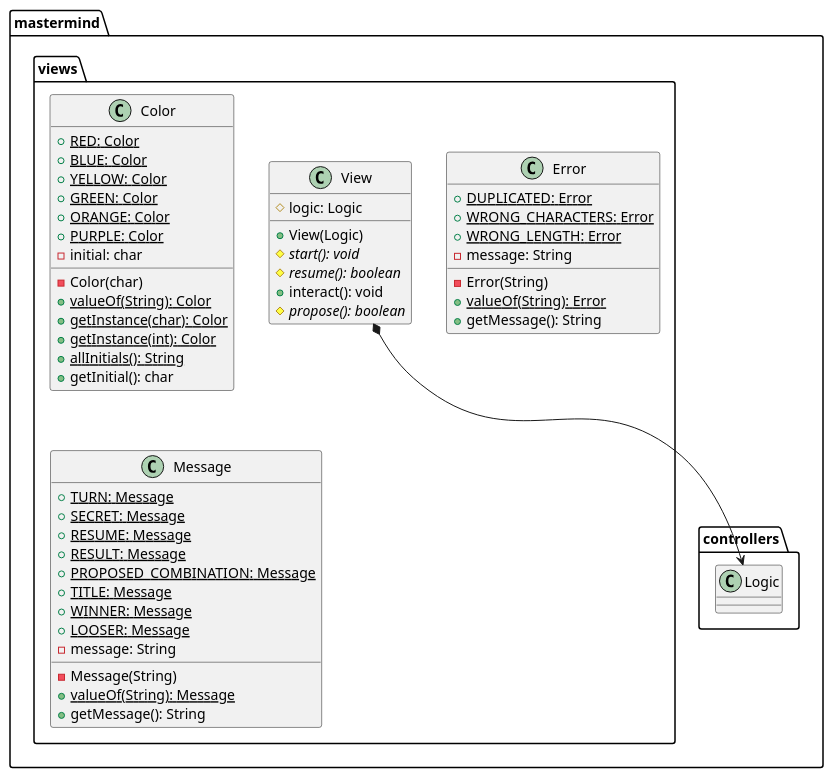
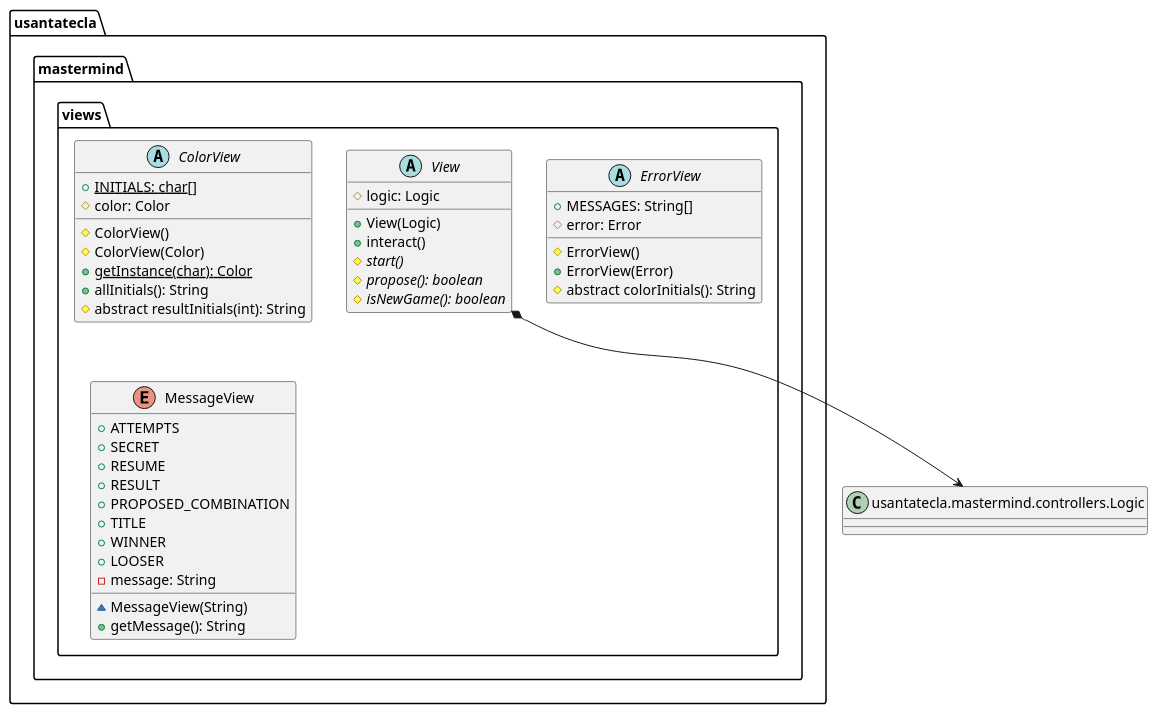
One commit to SantaTecla-mastermind/solution.java.swing.socket.sql changed the second of 6 diagrams in modelViewPresenter/presentationModel/withFacade/docs/diagrams/src/paquetes.plantuml. Above: the diagram before and after it, drawn with PlantUML. The commit also changed other lines of this file and 9 other files, not shown here.

Commit message:
Diagrams MVP WithFacade finished

```diff
--- a/modelViewPresenter/presentationModel/withFacade/docs/diagrams/src/paquetes.plantuml
+++ b/modelViewPresenter/presentationModel/withFacade/docs/diagrams/src/paquetes.plantuml
@@ -27,52 +35,47 @@
 @startuml usantatecla.mastermind.views
-class  mastermind.views.Color{
-+ {static} RED: Color
-+ {static} BLUE: Color
-+ {static} YELLOW: Color
-+ {static} GREEN: Color
-+ {static} ORANGE: Color
-+ {static} PURPLE: Color
-- initial: char
-- Color(char)
-+ {static} valueOf(String): Color
+ abstract class  usantatecla.mastermind.views.ColorView{
++ {static} INITIALS: char[]
+# color: Color
+# ColorView()
+# ColorView(Color)
 + {static} getInstance(char): Color
-+ {static} getInstance(int): Color
-+ {static} allInitials(): String
-+ getInitial(): char
++ allInitials(): String
+# abstract resultInitials(int): String
 }
 
-class  mastermind.views.Error{
-+ {static} DUPLICATED: Error
-+ {static} WRONG_CHARACTERS: Error
-+ {static} WRONG_LENGTH: Error
+abstract class  usantatecla.mastermind.views.ErrorView{
++ MESSAGES: String[]
+# error: Error
+# ErrorView()
++ ErrorView(Error)
+# abstract colorInitials(): String
+}
+
+ enum  usantatecla.mastermind.views.MessageView{
++ ATTEMPTS
++ SECRET
++ RESUME
++ RESULT
++ PROPOSED_COMBINATION
++ TITLE
++ WINNER
++ LOOSER
 - message: String
-- Error(String)
-+ {static} valueOf(String): Error
+~ MessageView(String)
 + getMessage(): String
 }
 
-class  mastermind.views.Message{
-+ {static} TURN: Message
-+ {static} SECRET: Message
-+ {static} RESUME: Message
-+ {static} RESULT: Message
-+ {static} PROPOSED_COMBINATION: Message
-+ {static} TITLE: Message
-+ {static} WINNER: Message
-+ {static} LOOSER: Message
-- message: String
-- Message(String)
-+ {static} valueOf(String): Message
-+ getMessage(): String
-}
-
-class  mastermind.views.View{
+abstract class  usantatecla.mastermind.views.View{
 # logic: Logic
 + View(Logic)
-# {abstract} start(): void
-# {abstract} resume(): boolean
-+ interact(): void
++ interact()
+# {abstract} start()
 # {abstract} propose(): boolean
+# {abstract} isNewGame(): boolean
 }
-mastermind.views.View *-down-> mastermind.controllers.Logic
+class Logic as "usantatecla.mastermind.controllers.Logic" {
+
+
+}
+usantatecla.mastermind.views.View *-down-> Logic
 @enduml
```
